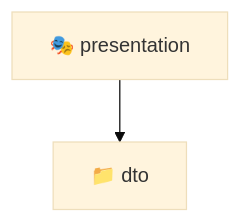
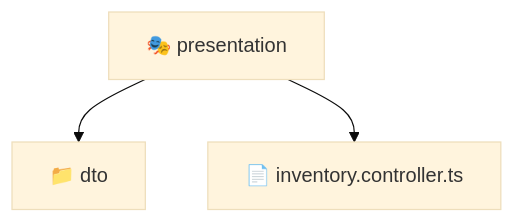
The diagram in backend/src/modules/inventory/presentation/README.md (beginwebdev2002/fullstack-mavluda), drawn with Mermaid (base theme) before and after one commit. The commit also changed other lines of this file and 157 other files, not shown here.

First line of the commit message:
docs: generate localized readmes for architectural transparency

````diff
--- a/backend/src/modules/inventory/presentation/README.md
+++ b/backend/src/modules/inventory/presentation/README.md
@@ -9,5 +11,6 @@
 ```mermaid
 graph TD
   presentation["🎭 presentation"]
-  presentation --> dto["📁 dto"]
+  presentation --> presentation_dto["📁 dto"]
+  presentation --> presentation_inventory_controller_ts["📄 inventory.controller.ts"]
 ```
````
